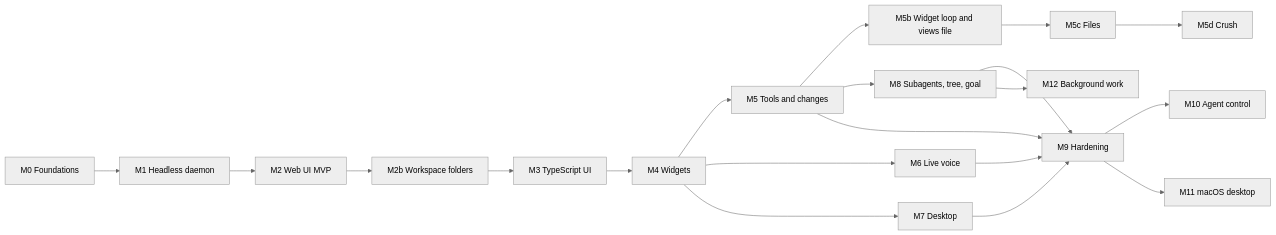
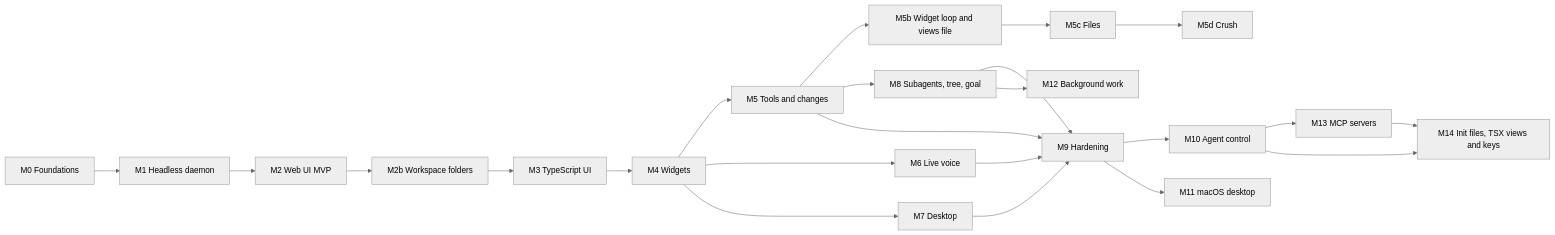
The diagram in docs/specs/07-roadmap.md (TonioGela/omfp), drawn with Mermaid (neutral theme) before and after one commit. The commit also changed other lines of this file and 48 other files, not shown here.

First line of the commit message:
docs: graduate init files and views (M14)

````diff
--- a/docs/specs/07-roadmap.md
+++ b/docs/specs/07-roadmap.md
@@ -7,12 +7,14 @@
 ```mermaid
 flowchart LR
   M0[M0 Foundations] --> M1[M1 Headless daemon] --> M2[M2 Web UI MVP] --> M2b[M2b Workspace folders]
   M2b --> M3[M3 TypeScript UI] --> M4[M4 Widgets]
   M4 --> M5[M5 Tools and changes] --> M5b[M5b Widget loop and views file] --> M5c[M5c Files] --> M5d[M5d Crush]
   M4 --> M6[M6 Live voice]
   M4 --> M7[M7 Desktop]
   M5 --> M8[M8 Subagents, tree, goal]
   M5 & M6 & M7 & M8 --> M9[M9 Hardening] --> M10[M10 Agent control]
   M9 --> M11[M11 macOS desktop]
   M8 --> M12[M12 Background work]
+  M10 --> M13[M13 MCP servers]
+  M10 & M13 --> M14[M14 Init files, TSX views and keys]
 ```
````
